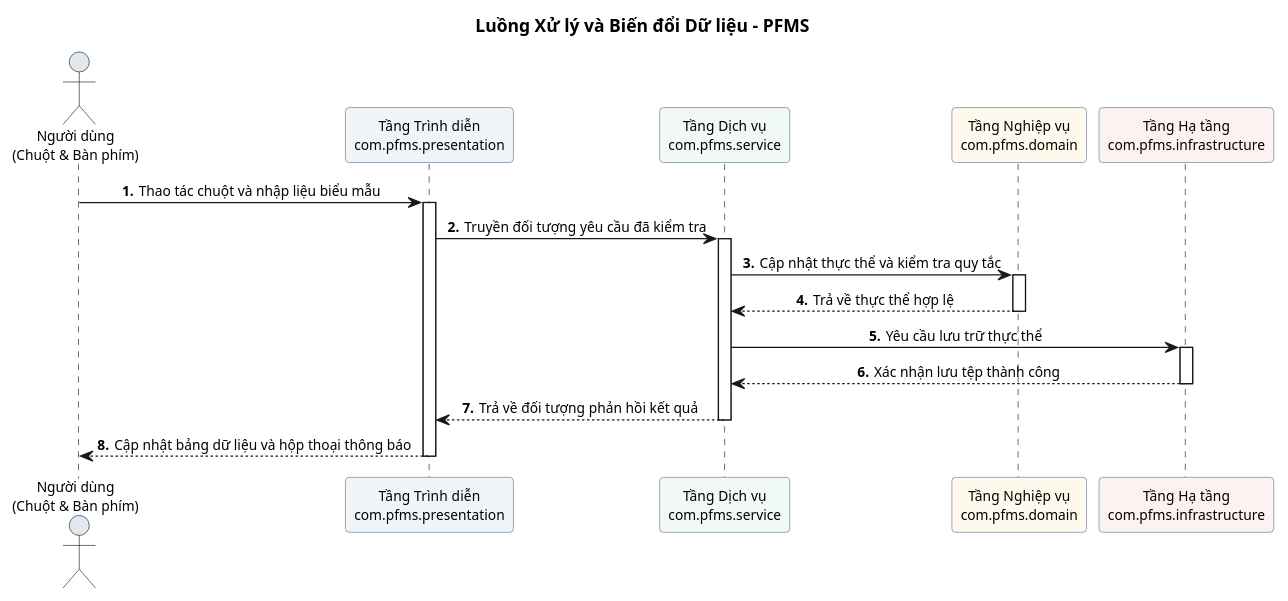
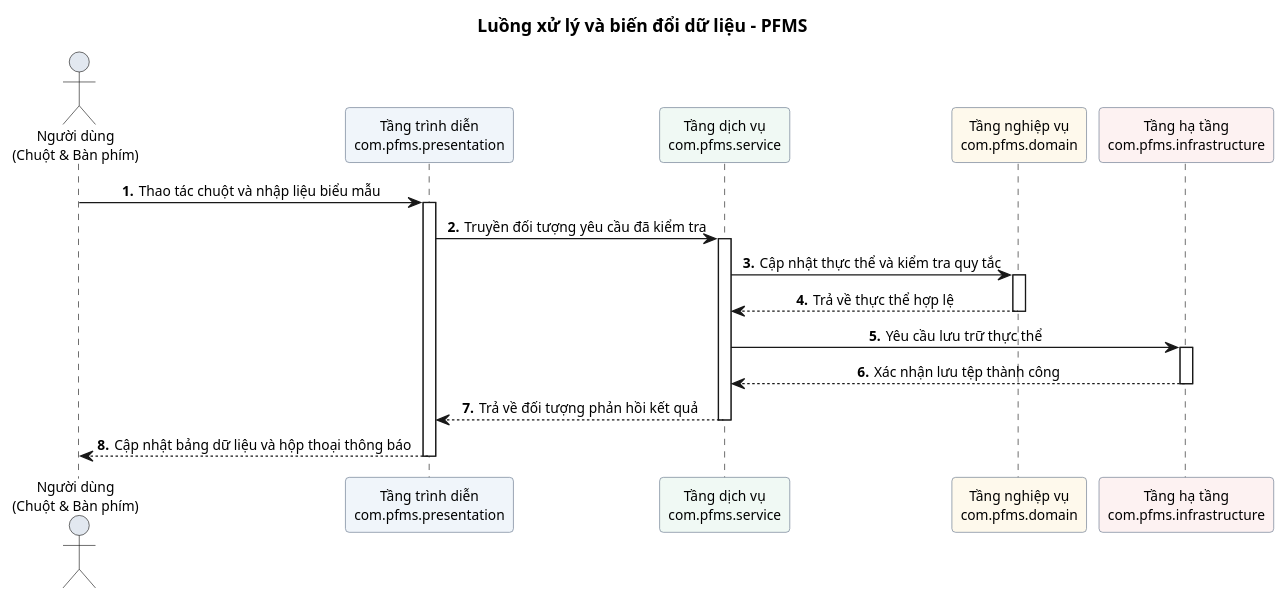
The diagram in docs/object-oriented-design/01-kien-truc-he-thong-va-phan-tang.md (mynhleeh/pfms-oop), drawn with PlantUML before and after one commit. The commit also changed other lines of this file and 123 other files, not shown here.

Commit message:
docs: add object-oriented analysis and design documentation with diagrams

````diff
--- a/docs/object-oriented-design/01-kien-truc-he-thong-va-phan-tang.md
+++ b/docs/object-oriented-design/01-kien-truc-he-thong-va-phan-tang.md
@@ -109,46 +103,46 @@
 ```plantuml
 @startuml
-title Luồng Xử lý và Biến đổi Dữ liệu - PFMS
+title Luồng xử lý và biến đổi dữ liệu - PFMS
 
 autonumber 1 "<b>.</b>"
-skinparam defaultFontName "Segoe UI", Arial, sans-serif
+skinparam defaultFontName Arial
 skinparam defaultFontSize 11
 skinparam roundcorner 6
 skinparam shadowing false
 skinparam sequenceMessageAlign center
 
 skinparam participant {
     BorderColor #64748B
     BackgroundColor #F8FAFC
 }
 
 actor "Người dùng\n(Chuột & Bàn phím)" as USR #E2E8F0
-participant "Tầng Trình diễn\ncom.pfms.presentation" as GUI #F0F5FA
-participant "Tầng Dịch vụ\ncom.pfms.service" as SVC #F0F9F4
-participant "Tầng Nghiệp vụ\ncom.pfms.domain" as DOM #FEF9EC
-participant "Tầng Hạ tầng\ncom.pfms.infrastructure" as INF #FDF2F2
+participant "Tầng trình diễn\ncom.pfms.presentation" as GUI #F0F5FA
+participant "Tầng dịch vụ\ncom.pfms.service" as SVC #F0F9F4
+participant "Tầng nghiệp vụ\ncom.pfms.domain" as DOM #FEF9EC
+participant "Tầng hạ tầng\ncom.pfms.infrastructure" as INF #FDF2F2
 
 USR -> GUI : Thao tác chuột và nhập liệu biểu mẫu
 activate GUI
 
 GUI -> SVC : Truyền đối tượng yêu cầu đã kiểm tra
 activate SVC
 
 SVC -> DOM : Cập nhật thực thể và kiểm tra quy tắc
 activate DOM
 DOM --> SVC : Trả về thực thể hợp lệ
 deactivate DOM
 
 SVC -> INF : Yêu cầu lưu trữ thực thể
 activate INF
 INF --> SVC : Xác nhận lưu tệp thành công
 deactivate INF
 
 SVC --> GUI : Trả về đối tượng phản hồi kết quả
 deactivate SVC
 
 GUI --> USR : Cập nhật bảng dữ liệu và hộp thoại thông báo
 deactivate GUI
 
 @enduml
 ```
````
